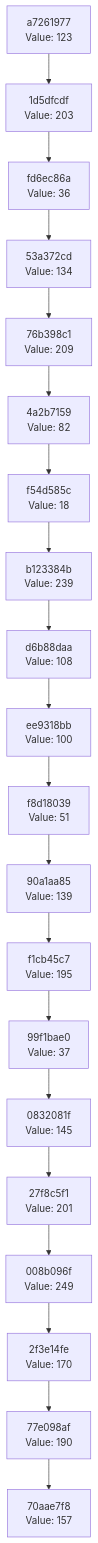
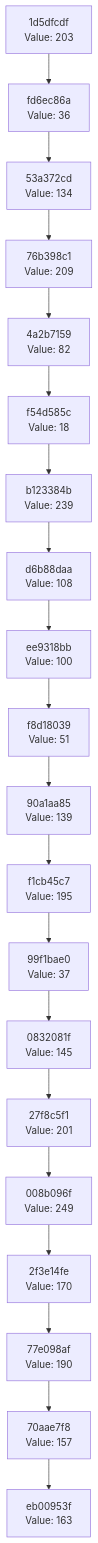
One commit to Abhisheksinha1506/hash-chain-evolver changed the diagram in docs/CHAIN_VISUALIZATION.md. Above: the diagram before and after it, drawn with Mermaid. The commit also changed 1 other file, not shown here.

Commit message:
Evolution Step

````diff
--- a/docs/CHAIN_VISUALIZATION.md
+++ b/docs/CHAIN_VISUALIZATION.md
@@ -3,42 +3,42 @@
 ```mermaid
 graph TD
-    C0["70aae7f8<br/>Value: 157"]
-    C1["77e098af<br/>Value: 190"]
+    C0["eb00953f<br/>Value: 163"]
+    C1["70aae7f8<br/>Value: 157"]
     C1 --> C0
-    C2["2f3e14fe<br/>Value: 170"]
+    C2["77e098af<br/>Value: 190"]
     C2 --> C1
-    C3["008b096f<br/>Value: 249"]
+    C3["2f3e14fe<br/>Value: 170"]
     C3 --> C2
-    C4["27f8c5f1<br/>Value: 201"]
+    C4["008b096f<br/>Value: 249"]
     C4 --> C3
-    C5["0832081f<br/>Value: 145"]
+    C5["27f8c5f1<br/>Value: 201"]
     C5 --> C4
-    C6["99f1bae0<br/>Value: 37"]
+    C6["0832081f<br/>Value: 145"]
     C6 --> C5
-    C7["f1cb45c7<br/>Value: 195"]
+    C7["99f1bae0<br/>Value: 37"]
     C7 --> C6
-    C8["90a1aa85<br/>Value: 139"]
+    C8["f1cb45c7<br/>Value: 195"]
     C8 --> C7
-    C9["f8d18039<br/>Value: 51"]
+    C9["90a1aa85<br/>Value: 139"]
     C9 --> C8
-    C10["ee9318bb<br/>Value: 100"]
+    C10["f8d18039<br/>Value: 51"]
     C10 --> C9
-    C11["d6b88daa<br/>Value: 108"]
+    C11["ee9318bb<br/>Value: 100"]
     C11 --> C10
-    C12["b123384b<br/>Value: 239"]
+    C12["d6b88daa<br/>Value: 108"]
     C12 --> C11
-    C13["f54d585c<br/>Value: 18"]
+    C13["b123384b<br/>Value: 239"]
     C13 --> C12
-    C14["4a2b7159<br/>Value: 82"]
+    C14["f54d585c<br/>Value: 18"]
     C14 --> C13
-    C15["76b398c1<br/>Value: 209"]
+    C15["4a2b7159<br/>Value: 82"]
     C15 --> C14
-    C16["53a372cd<br/>Value: 134"]
+    C16["76b398c1<br/>Value: 209"]
     C16 --> C15
-    C17["fd6ec86a<br/>Value: 36"]
+    C17["53a372cd<br/>Value: 134"]
     C17 --> C16
-    C18["1d5dfcdf<br/>Value: 203"]
+    C18["fd6ec86a<br/>Value: 36"]
     C18 --> C17
-    C19["a7261977<br/>Value: 123"]
+    C19["1d5dfcdf<br/>Value: 203"]
     C19 --> C18
 ```
````
